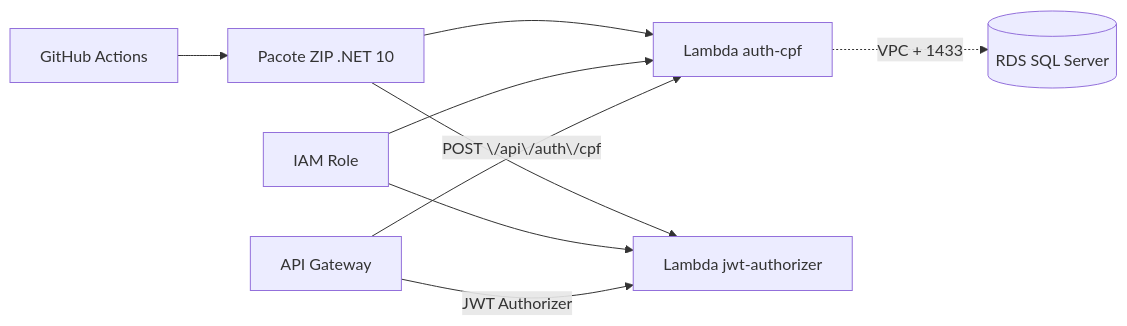
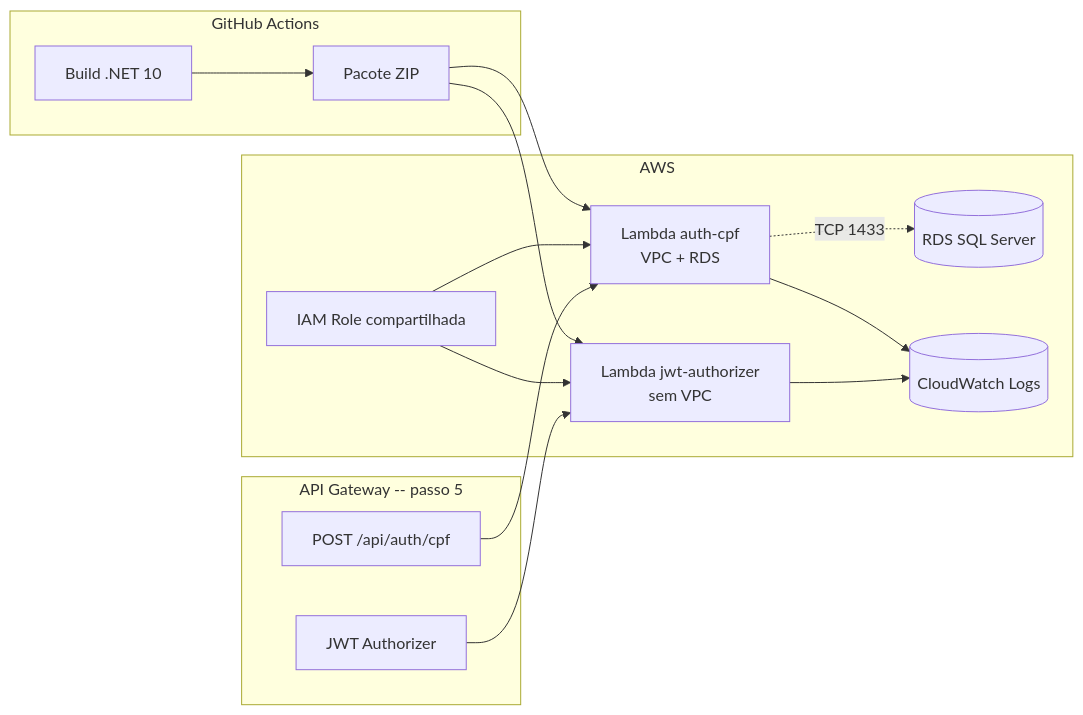
Before and after one commit to fabianorodrigues/oficina-auth-lambda: the second of 2 diagrams in README.md, drawn with Mermaid. The commit also changed other lines of this file, not shown here.

````diff
--- a/README.md
+++ b/README.md
@@ -54,11 +75,26 @@
 ```mermaid
 graph LR
-  GH[GitHub Actions] --> ZIP[Pacote ZIP .NET 10]
-  ZIP --> AUTH[Lambda auth-cpf]
-  ZIP --> AUTHZ[Lambda jwt-authorizer]
-  IAM[IAM Role] --> AUTH
+  subgraph GH[GitHub Actions]
+    BUILD[Build .NET 10] --> ZIP[Pacote ZIP]
+  end
+  subgraph AWS[AWS]
+    IAM[IAM Role compartilhada]
+    AUTH[Lambda auth-cpf<br/>VPC + RDS]
+    AUTHZ[Lambda jwt-authorizer<br/>sem VPC]
+    RDS[(RDS SQL Server)]
+    CW[(CloudWatch Logs)]
+  end
+  subgraph APIGW[API Gateway -- passo 5]
+    ROUTE[POST /api/auth/cpf]
+    AUTHORIZER[JWT Authorizer]
+  end
+  ZIP --> AUTH
+  ZIP --> AUTHZ
+  IAM --> AUTH
   IAM --> AUTHZ
-  AUTH -.VPC + 1433.-> RDS[(RDS SQL Server)]
-  APIGW[API Gateway] -->|POST \/api\/auth\/cpf| AUTH
-  APIGW -->|JWT Authorizer| AUTHZ
+  AUTH -.TCP 1433.-> RDS
+  AUTH --> CW
+  AUTHZ --> CW
+  ROUTE --> AUTH
+  AUTHORIZER --> AUTHZ
 ```
````
